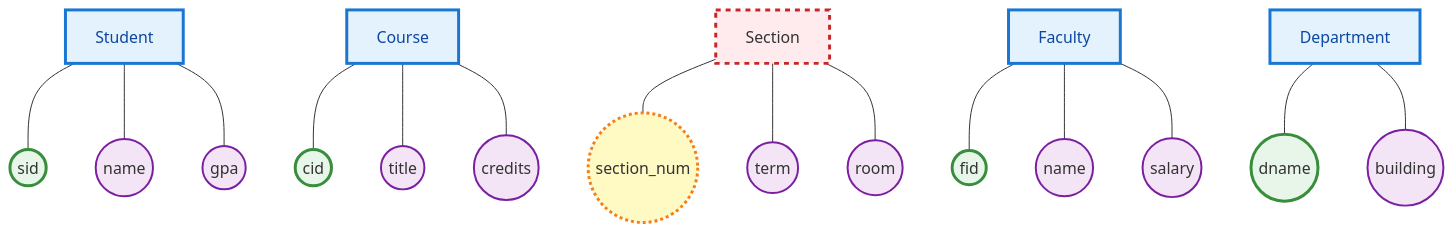
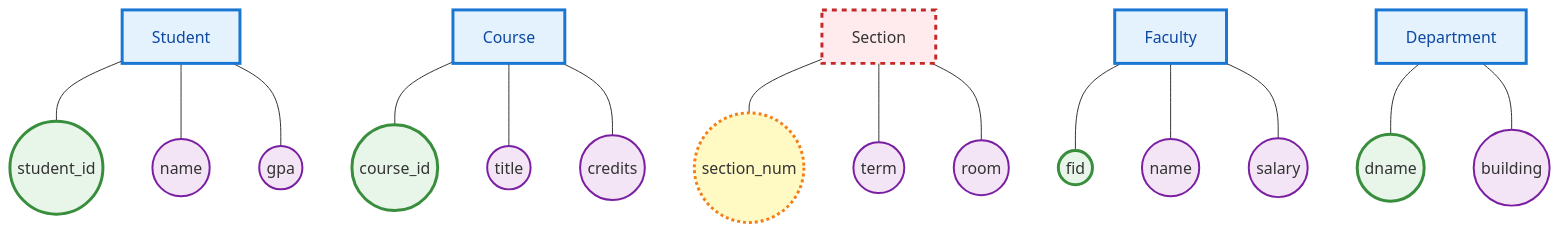
Diagram 24 of 27 in lecture-outlines/day6-er-modeling/slides.md (ufdatastudio/cop5725fa26), drawn with Mermaid before and after one commit. The commit also changed other lines of this file and 33 other files, not shown here.

````diff
--- a/lecture-outlines/day6-er-modeling/slides.md
+++ b/lecture-outlines/day6-er-modeling/slides.md
@@ -815,32 +814,32 @@
 ```mermaid
 graph TB
   S["Student"]
-  S --- SID(("sid"))
+  S --- SID(("student_id"))
   S --- SName(("name"))
   S --- GPA(("gpa"))
   C["Course"]
-  C --- CID(("cid"))
+  C --- CID(("course_id"))
   C --- Title(("title"))
   C --- Cr(("credits"))
   Sec["Section"]
   Sec --- SNum(("section_num"))
   Sec --- Term(("term"))
   Sec --- Room(("room"))
   F["Faculty"]
   F --- FID(("fid"))
   F --- FName(("name"))
   F --- Sal(("salary"))
   D["Department"]
   D --- DN(("dname"))
   D --- Bldg(("building"))
   classDef entity fill:#e3f2fd,stroke:#1976d2,stroke-width:3px,color:#0d47a1
   classDef weak fill:#ffebee,stroke:#c62828,stroke-width:3px,stroke-dasharray:5 5
   classDef attr fill:#f3e5f5,stroke:#7b1fa2,stroke-width:2px
   classDef key fill:#e8f5e9,stroke:#388e3c,stroke-width:3px
   classDef partkey fill:#fff9c4,stroke:#f57f17,stroke-width:3px,stroke-dasharray:3 3
   class S,C,F,D entity
   class Sec weak
   class SName,GPA,Title,Cr,Term,Room,FName,Sal,Bldg attr
   class SID,CID,FID,DN key
   class SNum partkey
 ```
````
